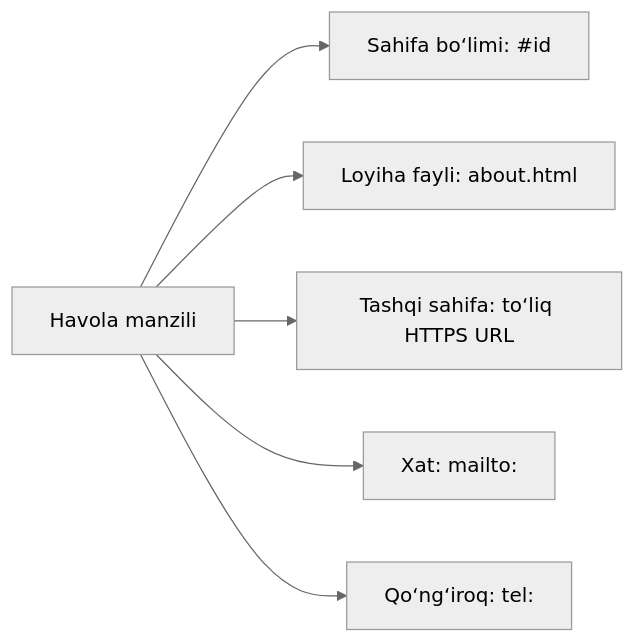
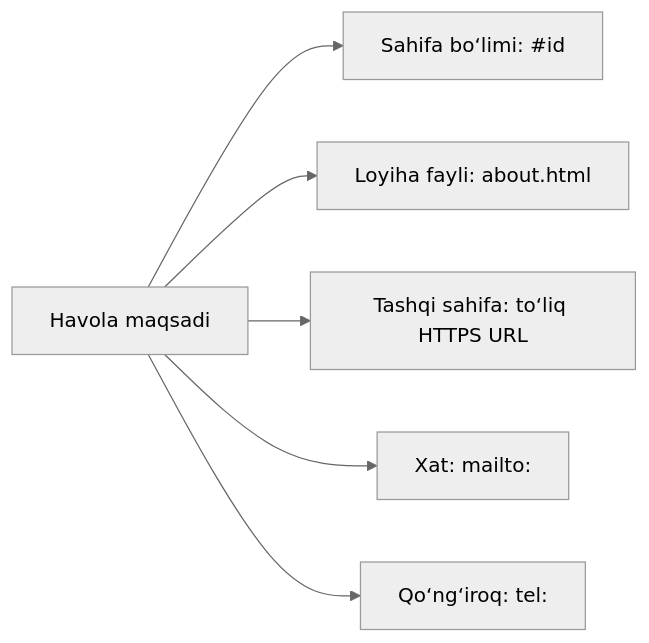
Before and after one commit to JLearn-space/JLearn-docs: the second of 2 diagrams in HTML/Lesson-3/uz/Havolalar va navigatsiya.md, drawn with Mermaid (neutral theme). The commit also changed other lines of this file and 148 other files, not shown here.

````diff
--- a/HTML/Lesson-3/uz/Havolalar va navigatsiya.md
+++ b/HTML/Lesson-3/uz/Havolalar va navigatsiya.md
@@ -138,8 +249,8 @@
 ```mermaid
 flowchart LR
-    A["Havola manzili"] --> B["Sahifa bo‘limi: #id"]
+    A["Havola maqsadi"] --> B["Sahifa bo‘limi: #id"]
     A --> C["Loyiha fayli: about.html"]
     A --> D["Tashqi sahifa: to‘liq HTTPS URL"]
     A --> E["Xat: mailto:"]
     A --> F["Qo‘ng‘iroq: tel:"]
 ```
````
